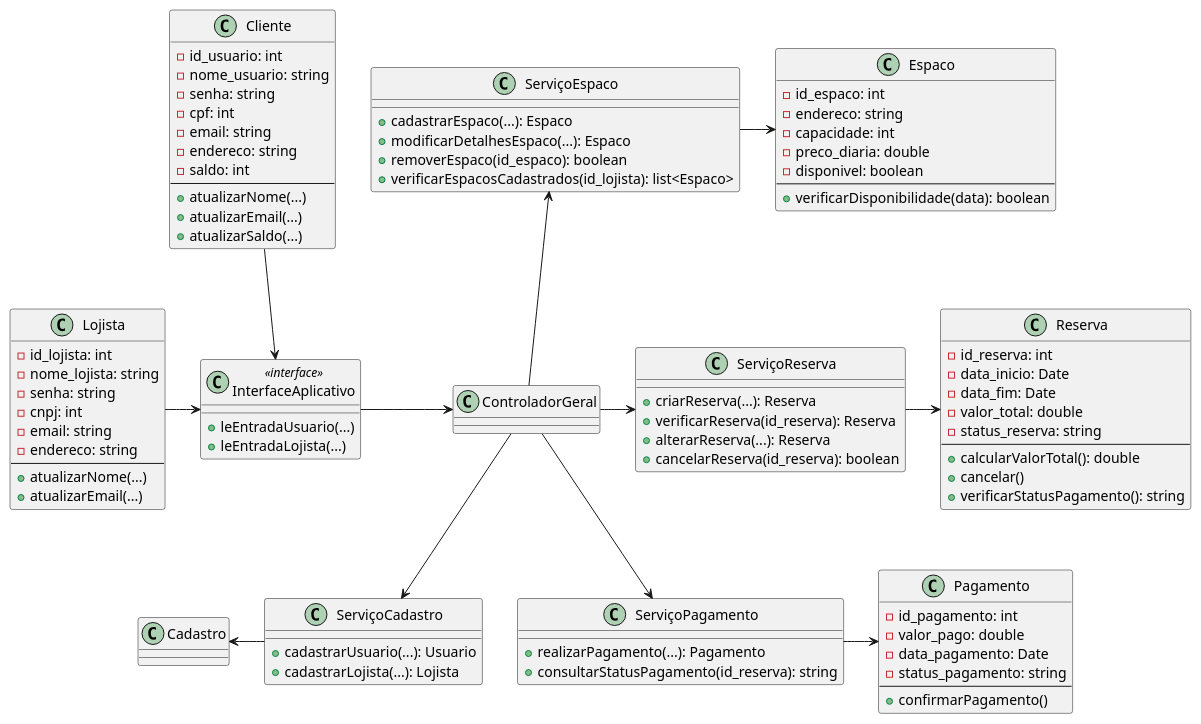
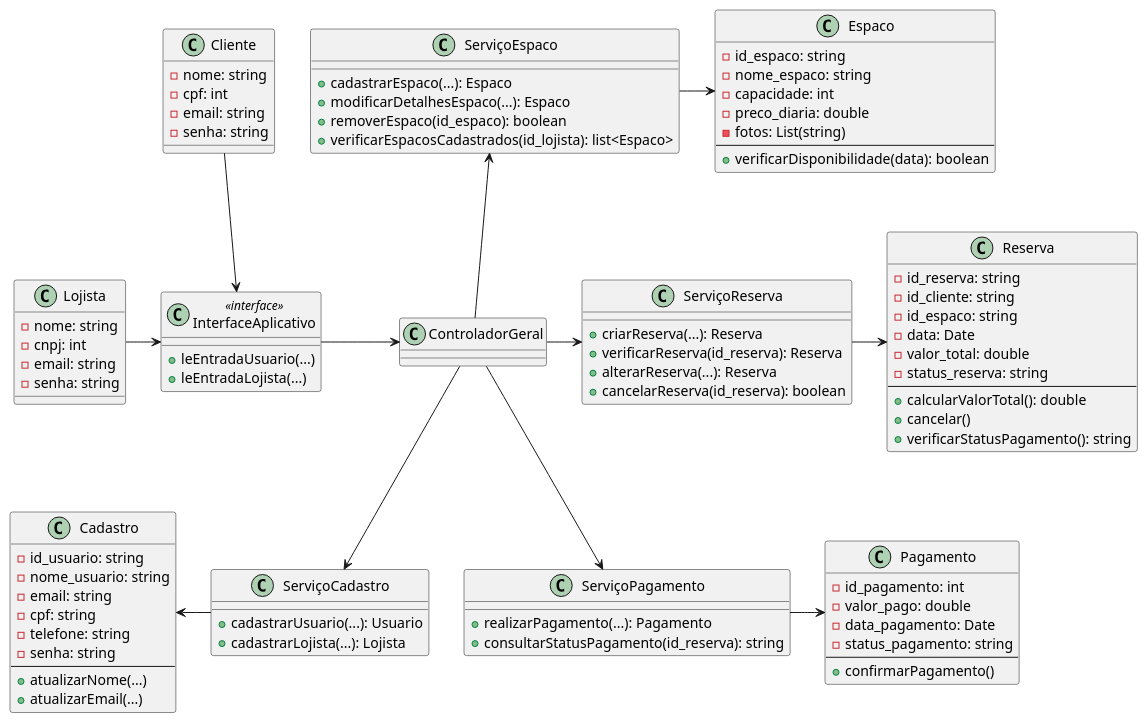
Before and after one commit to carpadasso/design-software: the diagram in uml/diagrama-classes.puml, drawn with PlantUML. The commit also changed 9 other files, not shown here.

Commit message:
upd: Ajustando os diagramas e adicionando imagens...

```diff
--- a/uml/diagrama-classes.puml
+++ b/uml/diagrama-classes.puml
@@ -1,114 +1,114 @@
 @startuml
-' Define a skin para um visual mais limpo
-
 
 ' --- Classes de Entidade (Os Dados) ---
 ' Foco em "Information Expert": Elas sabem seus próprios dados.
+
 class Cliente {
-  - id_usuario: int
-  - nome_usuario: string
-  - senha: string
+  - nome: string
   - cpf: int
   - email: string
-  - endereco: string
-  - saldo: int
-  --
-  + atualizarNome(...)
-  + atualizarEmail(...)
-  + atualizarSaldo(...)
+  - senha: string
 }
 
 class Lojista {
-  - id_lojista: int
-  - nome_lojista: string
-  - senha: string
+  - nome: string
   - cnpj: int
   - email: string
-  - endereco: string
+  - senha: string
+}
+
+class Cadastro {
+  - id_usuario: string
+  - nome_usuario: string
+  - email: string
+  - cpf: string
+  - telefone: string
+  - senha: string
   --
   + atualizarNome(...)
   + atualizarEmail(...)
 }
 
 class Espaco {
-  - id_espaco: int
-  - endereco: string
+  - id_espaco: string
+  - nome_espaco: string
   - capacidade: int
   - preco_diaria: double
-  - disponivel: boolean
+  - fotos: List(string)
   --
   + verificarDisponibilidade(data): boolean
 }
 
 class Reserva {
-  - id_reserva: int
-  - data_inicio: Date
-  - data_fim: Date
+  - id_reserva: string
+  - id_cliente: string
+  - id_espaco: string
+  - data: Date
   - valor_total: double
   - status_reserva: string
   --
   + calcularValorTotal(): double
   + cancelar()
   + verificarStatusPagamento(): string
 }
 
 class Pagamento {
   - id_pagamento: int
   - valor_pago: double
   - data_pagamento: Date
   - status_pagamento: string
   --
   + confirmarPagamento()
 }
 
 ' --- Classes de Controle (A Lógica) ---
 ' Padrão GRASP "Controller": Mediadores entre os Atores e os Dados.
 class InterfaceAplicativo <<interface>> {
   + leEntradaUsuario(...)
   + leEntradaLojista(...)
 }
 
 class ControladorGeral {
 
 }
 
 class ServiçoEspaco {
   + cadastrarEspaco(...): Espaco
   + modificarDetalhesEspaco(...): Espaco
   + removerEspaco(id_espaco): boolean
   + verificarEspacosCadastrados(id_lojista): list<Espaco>
 }
 
 class ServiçoReserva {
   + criarReserva(...): Reserva
   + verificarReserva(id_reserva): Reserva
   + alterarReserva(...): Reserva
   + cancelarReserva(id_reserva): boolean
 }
 
 class ServiçoPagamento {
   + realizarPagamento(...): Pagamento
   + consultarStatusPagamento(id_reserva): string
 }
 
 class ServiçoCadastro {
   + cadastrarUsuario(...): Usuario
   + cadastrarLojista(...): Lojista
 }
 
 ' --- Relacionamentos (GRASP em ação) ---
 Cliente -down-> InterfaceAplicativo
 Lojista -> InterfaceAplicativo
 
 InterfaceAplicativo -right-> ControladorGeral
 ControladorGeral -up-> ServiçoEspaco
 ControladorGeral -right-> ServiçoReserva
 ControladorGeral -down-> ServiçoPagamento
 ControladorGeral --> ServiçoCadastro
 
 ServiçoEspaco -> Espaco
 ServiçoReserva -> Reserva
 ServiçoPagamento -> Pagamento
 ServiçoCadastro -left-> Cadastro
 
 @enduml
```
